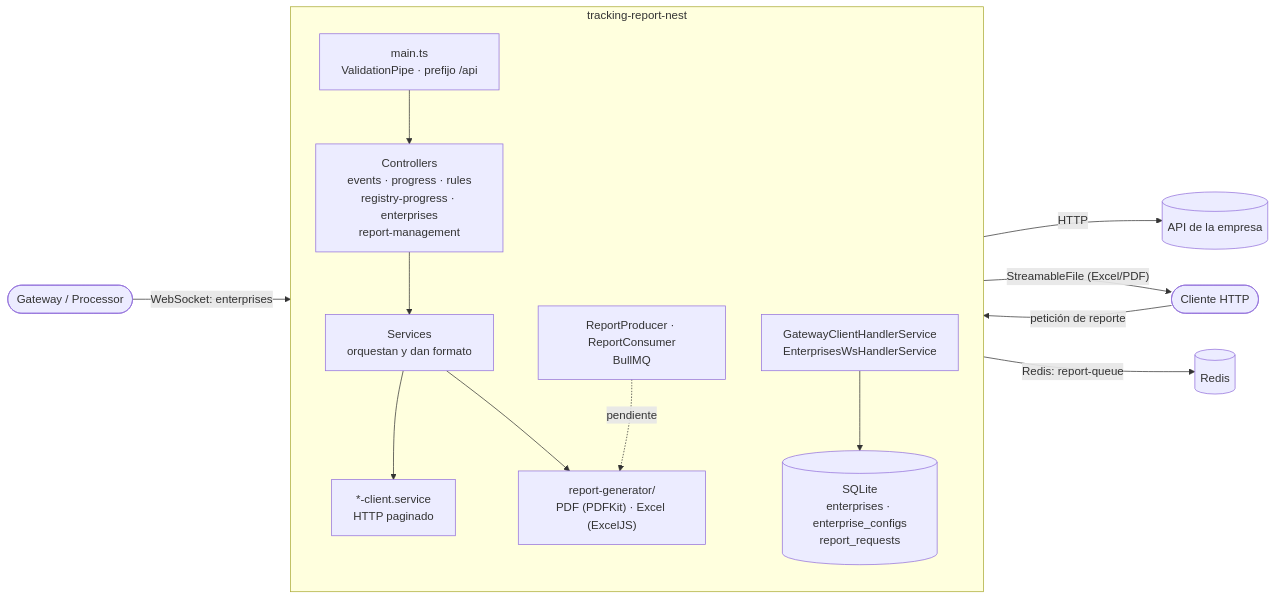
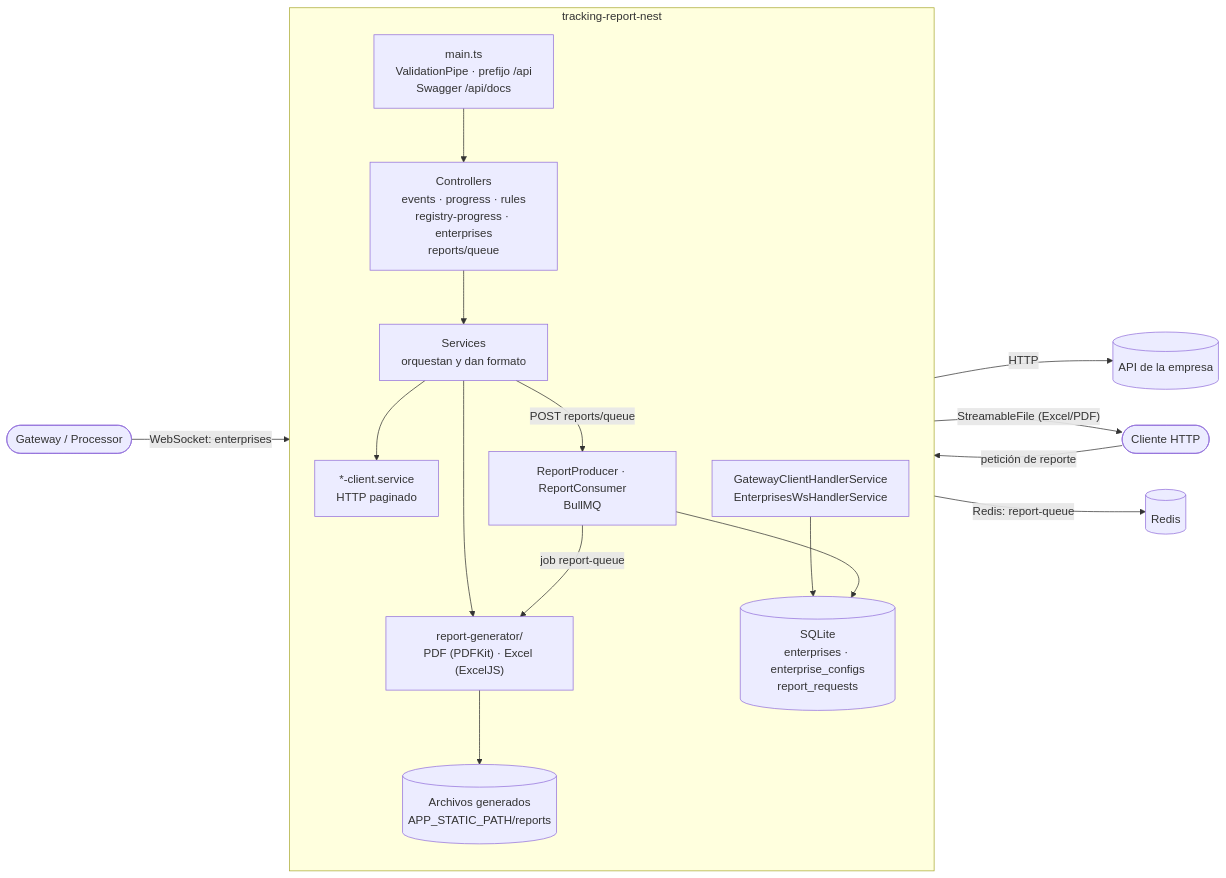
One commit to Maur025/tracking-report-nest changed the diagram in README.md. Above: the diagram before and after it, drawn with Mermaid. The commit also changed other lines of this file and 1 other file, not shown here.

````diff
--- a/README.md
+++ b/README.md
@@ -18,30 +21,34 @@
 ```mermaid
 flowchart LR
     Client([Cliente HTTP])
     Processor([Gateway / Processor])
     CompanyAPI[(API de la empresa)]
 
     subgraph TR["tracking-report-nest"]
         direction TB
-        Main["main.ts<br/>ValidationPipe · prefijo /api"]
-        Ctrl["Controllers<br/>events · progress · rules<br/>registry-progress · enterprises<br/>report-management"]
+        Main["main.ts<br/>ValidationPipe · prefijo /api<br/>Swagger /api/docs"]
+        Ctrl["Controllers<br/>events · progress · rules<br/>registry-progress · enterprises<br/>reports/queue"]
         Svc["Services<br/>orquestan y dan formato"]
         Clients["*-client.service<br/>HTTP paginado"]
         Report["report-generator/<br/>PDF (PDFKit) · Excel (ExcelJS)"]
         Ws["GatewayClientHandlerService<br/>EnterprisesWsHandlerService"]
         DB[("SQLite<br/>enterprises · enterprise_configs<br/>report_requests")]
         Queue["ReportProducer · ReportConsumer<br/>BullMQ"]
+        Files[("Archivos generados<br/>APP_STATIC_PATH/reports")]
 
         Main --> Ctrl --> Svc
         Svc --> Clients
         Svc --> Report
+        Svc -->|"POST reports/queue"| Queue
+        Queue -->|"job report-queue"| Report
+        Report --> Files
         Ws --> DB
-        Queue -.->|"pendiente"| Report
+        Queue --> DB
     end
 
     Client -->|"petición de reporte"| Main
     Clients -->|"HTTP"| CompanyAPI
     Report -->|"StreamableFile (Excel/PDF)"| Client
     Processor -->|"WebSocket: enterprises"| Ws
     Queue -->|"Redis: report-queue"| Redis[(Redis)]
 ```
````
